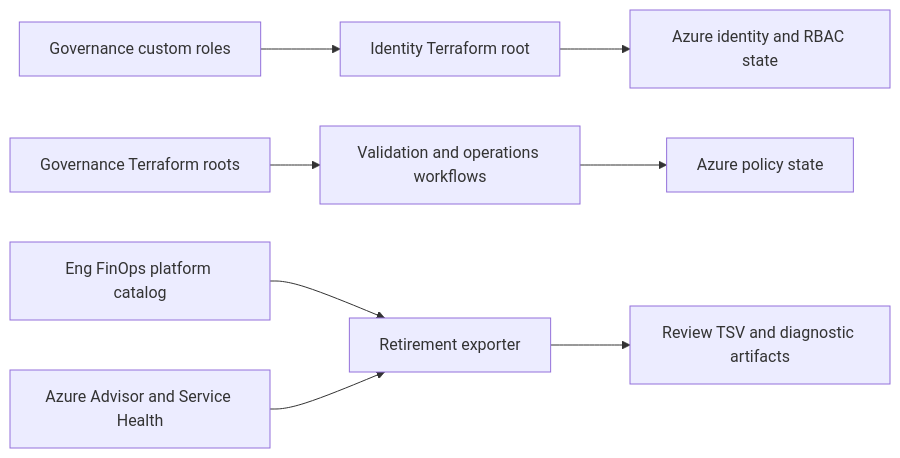
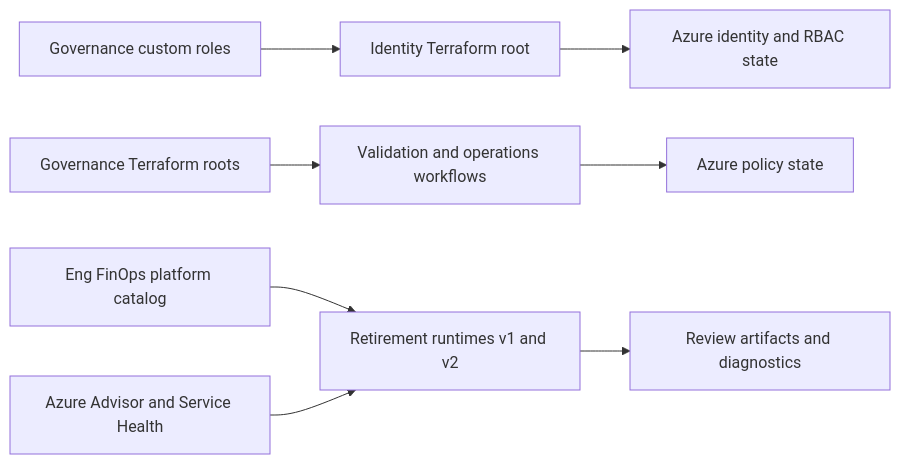
One commit to pagopa/eng-azure-governance changed the diagram in docs/architecture.md. Above: the diagram before and after it, drawn with Mermaid. The commit also changed other lines of this file and 27 other files, not shown here.

First line of the commit message:
Refactor documentation and rules for Azure governance and retirement intelligence

````diff
--- a/docs/architecture.md
+++ b/docs/architecture.md
@@ -16,12 +18,12 @@
 ```mermaid
 flowchart LR
     accTitle: Repository architecture flows
     accDescr: Governance roles feed identity grants, policy roots feed Azure policy state, and the platform catalog enriches retirement review artifacts.
     governance_roles["Governance custom roles"] --> identity_root["Identity Terraform root"]
     identity_root --> azure_identity["Azure identity and RBAC state"]
     governance_roots["Governance Terraform roots"] --> governance_workflows["Validation and operations workflows"]
     governance_workflows --> azure_policy["Azure policy state"]
-    platform_catalog["Eng FinOps platform catalog"] --> retirement_runtime["Retirement exporter"]
-    azure_sources["Azure Advisor and Service Health"] --> retirement_runtime["Retirement exporter"]
-    retirement_runtime --> retirement_artifacts["Review TSV and diagnostic artifacts"]
+    platform_catalog["Eng FinOps platform catalog"] --> retirement_runtime["Retirement runtimes v1 and v2"]
+    azure_sources["Azure Advisor and Service Health"] --> retirement_runtime
+    retirement_runtime --> retirement_artifacts["Review artifacts and diagnostics"]
 ```
````
